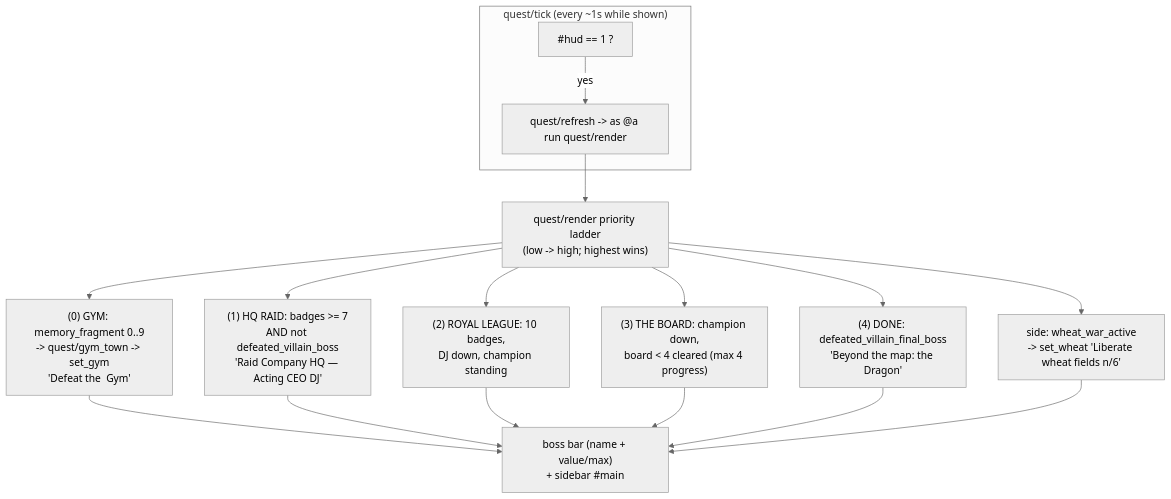
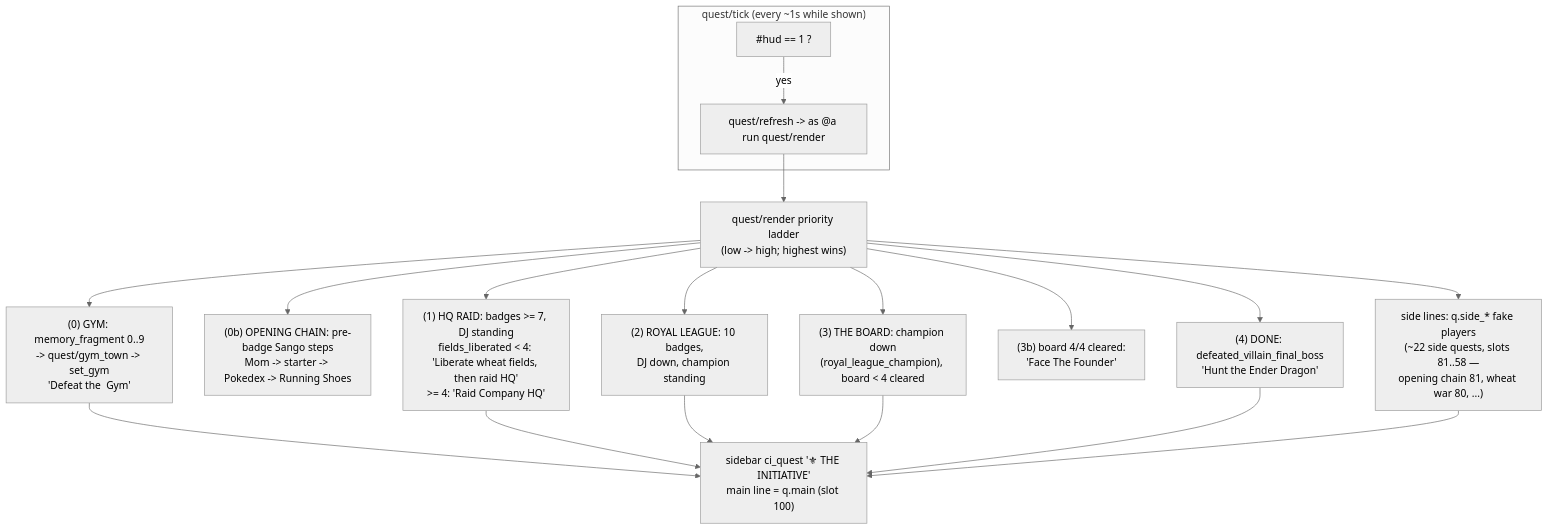
The seventh of 7 diagrams in wiki/Architecture-Data-Flows.md (The-Company-Inc-Nerds/the-cobblemon-initiative), drawn with Mermaid (neutral theme) before and after one commit. The commit also changed other lines of this file and 174 other files, not shown here.

````diff
--- a/wiki/Architecture-Data-Flows.md
+++ b/wiki/Architecture-Data-Flows.md
@@ -211,19 +211,21 @@
 ```mermaid
 flowchart TD
   subgraph Loop["quest/tick (every ~1s while shown)"]
     TK["#hud == 1 ?"] -->|yes| RF["quest/refresh -> as @a run quest/render"]
   end
   RF --> R0["quest/render priority ladder<br/>(low -> high; highest wins)"]
   R0 --> P0["(0) GYM: memory_fragment 0..9<br/>-> quest/gym_town -> set_gym<br/>'Defeat the <Town> Gym'"]
-  R0 --> P1["(1) HQ RAID: badges >= 7<br/>AND not defeated_villain_boss<br/>'Raid Company HQ — Acting CEO DJ'"]
+  R0 --> P0b["(0b) OPENING CHAIN: pre-badge Sango steps<br/>Mom -> starter -> Pokedex -> Running Shoes"]
+  R0 --> P1["(1) HQ RAID: badges >= 7, DJ standing<br/>fields_liberated < 4: 'Liberate wheat fields, then raid HQ'<br/>>= 4: 'Raid Company HQ'"]
   R0 --> P2["(2) ROYAL LEAGUE: 10 badges,<br/>DJ down, champion standing"]
-  R0 --> P3["(3) THE BOARD: champion down,<br/>board < 4 cleared (max 4 progress)"]
-  R0 --> P4["(4) DONE: defeated_villain_final_boss<br/>'Beyond the map: the Dragon'"]
-  R0 --> S["side: wheat_war_active<br/>-> set_wheat 'Liberate wheat fields n/6'"]
-  P0 --> OUT["boss bar (name + value/max)<br/>+ sidebar #main"]
+  R0 --> P3["(3) THE BOARD: champion down<br/>(royal_league_champion), board < 4 cleared"]
+  R0 --> P3b["(3b) board 4/4 cleared:<br/>'Face The Founder'"]
+  R0 --> P4["(4) DONE: defeated_villain_final_boss<br/>'Hunt the Ender Dragon'"]
+  R0 --> S["side lines: q.side_* fake players<br/>(~22 side quests, slots 81..58 —<br/>opening chain 81, wheat war 80, ...)"]
+  P0 --> OUT["sidebar ci_quest '⚜ THE INITIATIVE'<br/>main line = q.main (slot 100)"]
   P1 --> OUT
   P2 --> OUT
   P3 --> OUT
   P4 --> OUT
   S --> OUT
 ```
````
